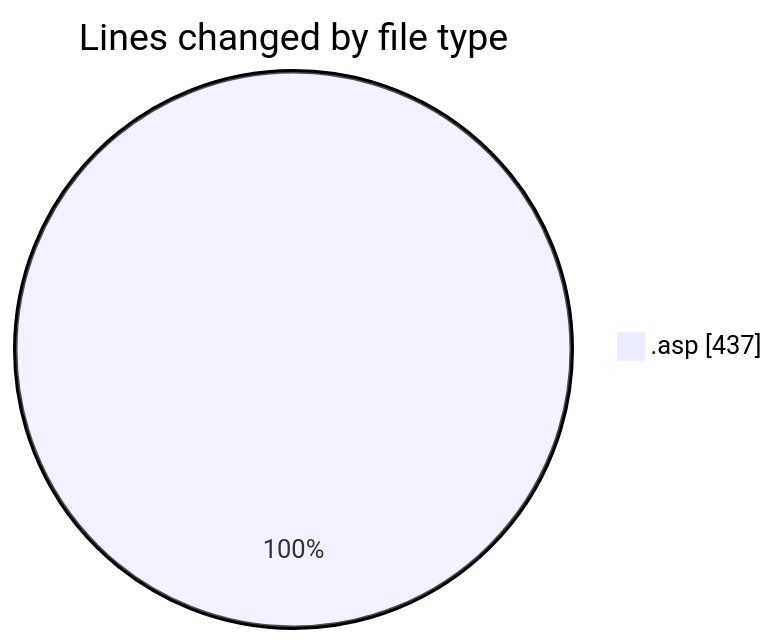
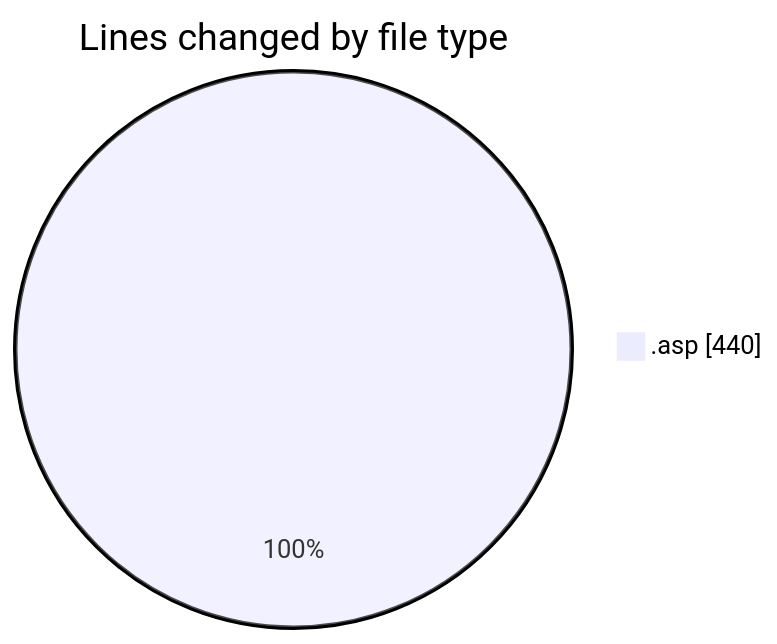
One commit to julien-gomy/code-tracking changed the first of 2 diagrams in 2025-10-07/cdp_aleoudev_fr__workspace_/README.md. Above: the diagram before and after it, drawn with Mermaid. The commit also changed other lines of this file and 1 other file, not shown here.

````diff
--- a/2025-10-07/cdp_aleoudev_fr__workspace_/README.md
+++ b/2025-10-07/cdp_aleoudev_fr__workspace_/README.md
@@ -20,5 +20,5 @@
 ```mermaid
 pie showData
 title Lines changed by file type
-".asp" : 437
+".asp" : 440
 ```
````
